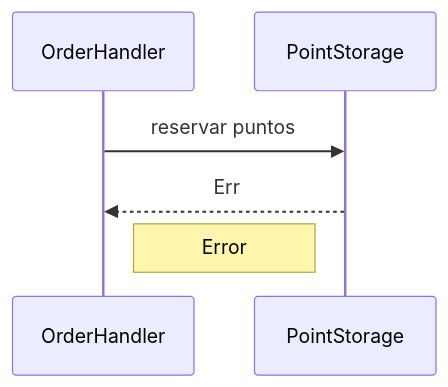
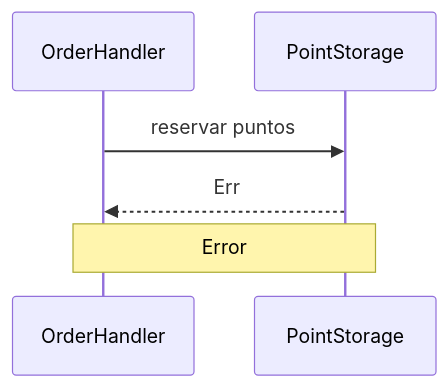
Before and after one commit to FacuMastri/concurrentes-tp2: the second of 11 diagrams in README.md, drawn with Mermaid. The commit also changed other lines of this file, not shown here.

````diff
--- a/README.md
+++ b/README.md
@@ -97,10 +99,10 @@
 ```mermaid
 sequenceDiagram
   participant oh as OrderHandler
   participant ps as PointStorage
 
   oh ->> ps: reservar puntos
   ps -->> oh: Err
 
-  note right of oh: Error
+  note over oh,ps: Error
 ```
````
